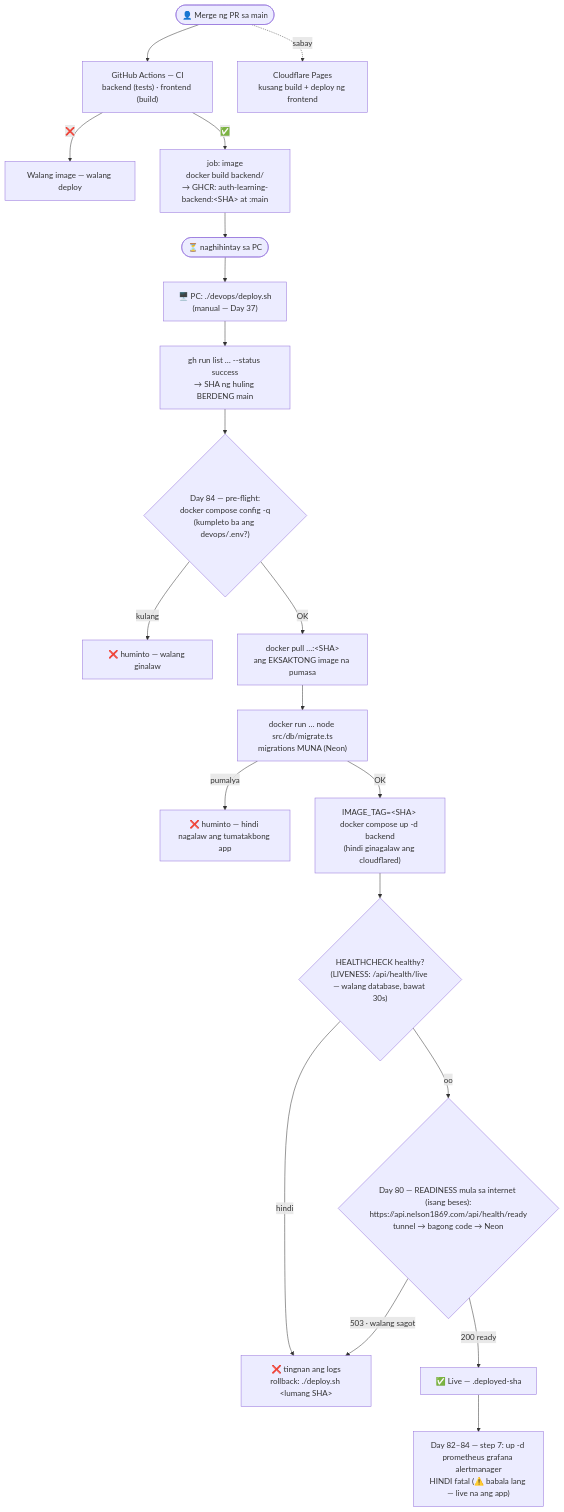
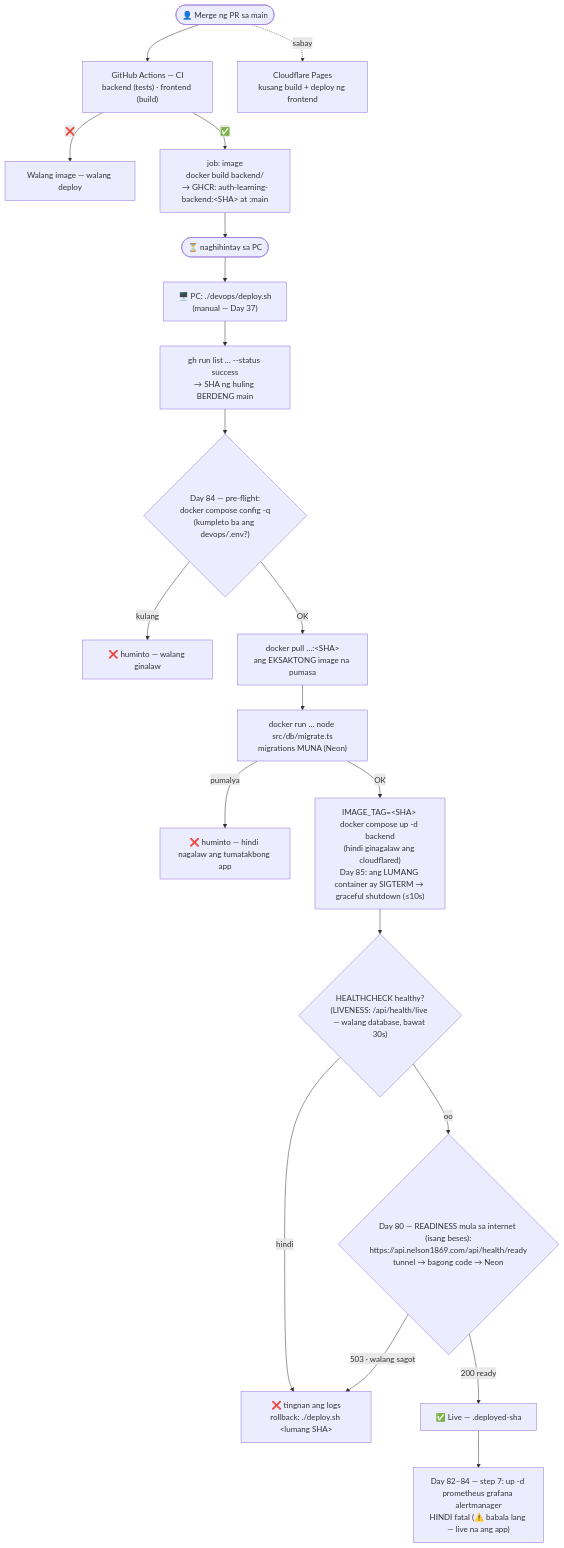
One commit to nelson1869-ai/auth-learning changed the diagram in docs/diagrams/09-cd-pipeline.md. Above: the diagram before and after it, drawn with Mermaid. The commit also changed other lines of this file and 7 other files, not shown here.

First line of the commit message:
docs: Day 85 graceful shutdown — .http 30, diagram 23, journal

````diff
--- a/docs/diagrams/09-cd-pipeline.md
+++ b/docs/diagrams/09-cd-pipeline.md
@@ -8,22 +8,22 @@
 ```mermaid
 flowchart TD
     Merge(["👤 Merge ng PR sa main"]) --> CI["GitHub Actions — CI<br/>backend (tests) · frontend (build)"]
     CI -->|"❌"| Stop["Walang image — walang deploy"]
     CI -->|"✅"| Img["job: image<br/>docker build backend/<br/>→ GHCR: auth-learning-backend:&lt;SHA&gt; at :main"]
     Merge -.->|"sabay"| Pages["Cloudflare Pages<br/>kusang build + deploy ng frontend"]
     Img --> Wait(["⏳ naghihintay sa PC"])
     Wait --> Deploy["🖥️ PC: ./devops/deploy.sh<br/>(manual — Day 37)"]
     Deploy --> Pick["gh run list … --status success<br/>→ SHA ng huling BERDENG main"]
     Pick --> Pre{"Day 84 — pre-flight:<br/>docker compose config -q<br/>(kumpleto ba ang devops/.env?)"}
     Pre -->|"kulang"| Abort0["❌ huminto — walang ginalaw"]
     Pre -->|"OK"| Pull["docker pull …:&lt;SHA&gt;<br/>ang EKSAKTONG image na pumasa"]
     Pull --> Mig["docker run … node src/db/migrate.ts<br/>migrations MUNA (Neon)"]
     Mig -->|"pumalya"| Abort["❌ huminto — hindi nagalaw ang tumatakbong app"]
-    Mig -->|"OK"| Up["IMAGE_TAG=&lt;SHA&gt; docker compose up -d backend<br/>(hindi ginagalaw ang cloudflared)"]
+    Mig -->|"OK"| Up["IMAGE_TAG=&lt;SHA&gt; docker compose up -d backend<br/>(hindi ginagalaw ang cloudflared)<br/>Day 85: ang LUMANG container ay SIGTERM → graceful shutdown (≤10s)"]
     Up --> Health{"HEALTHCHECK healthy?<br/>(LIVENESS: /api/health/live — walang database, bawat 30s)"}
     Health -->|"oo"| Ready{"Day 80 — READINESS mula sa internet (isang beses):<br/>https://api.nelson1869.com/api/health/ready<br/>tunnel → bagong code → Neon"}
     Health -->|"hindi"| Fail["❌ tingnan ang logs<br/>rollback: ./deploy.sh &lt;lumang SHA&gt;"]
     Ready -->|"200 ready"| Live["✅ Live — .deployed-sha"]
     Live --> Mon["Day 82–84 — step 7: up -d prometheus grafana alertmanager<br/>HINDI fatal (⚠️ babala lang — live na ang app)"]
     Ready -->|"503 · walang sagot"| Fail
 ```
````
